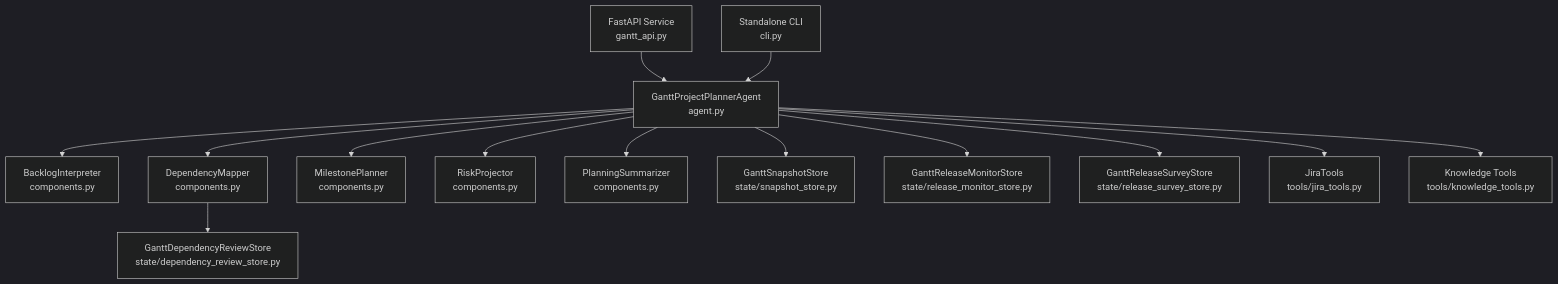
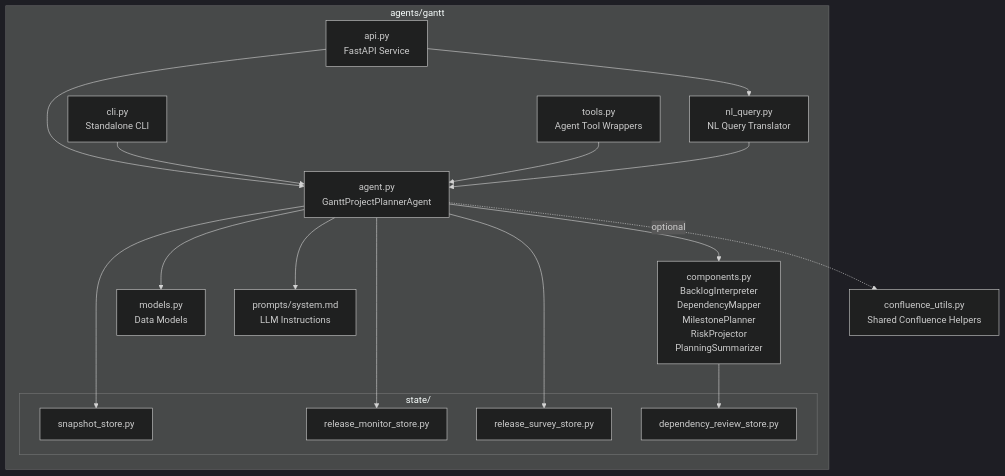
The first of 4 diagrams in docs/agents-gantt.md (jmac-cornelis/agent-workforce), drawn with Mermaid (dark theme) before and after one commit. The commit also changed other lines of this file and 4 other files, not shown here.

````diff
--- a/docs/agents-gantt.md
+++ b/docs/agents-gantt.md
@@ -31,34 +23,35 @@
 ```mermaid
 graph TB
-    API[FastAPI Service<br/>gantt_api.py]
-    Agent[GanttProjectPlannerAgent<br/>agent.py]
-    CLI[Standalone CLI<br/>cli.py]
+    subgraph "agents/gantt"
+        AGENT["agent.py<br/>GanttProjectPlannerAgent"]
+        API["api.py<br/>FastAPI Service"]
+        CLI["cli.py<br/>Standalone CLI"]
+        COMPONENTS["components.py<br/>BacklogInterpreter<br/>DependencyMapper<br/>MilestonePlanner<br/>RiskProjector<br/>PlanningSummarizer"]
+        MODELS["models.py<br/>Data Models"]
+        TOOLS["tools.py<br/>Agent Tool Wrappers"]
+        NL["nl_query.py<br/>NL Query Translator"]
+        PROMPTS["prompts/system.md<br/>LLM Instructions"]
+        subgraph "state/"
+            SNAP_STORE["snapshot_store.py"]
+            RM_STORE["release_monitor_store.py"]
+            RS_STORE["release_survey_store.py"]
+            DEP_STORE["dependency_review_store.py"]
+        end
+    end
     
-    Interp[BacklogInterpreter<br/>components.py]
-    DepMap[DependencyMapper<br/>components.py]
-    MilePlan[MilestonePlanner<br/>components.py]
-    RiskProj[RiskProjector<br/>components.py]
-    Summ[PlanningSummarizer<br/>components.py]
-    
-    SnapStore[GanttSnapshotStore<br/>state/snapshot_store.py]
-    MonStore[GanttReleaseMonitorStore<br/>state/release_monitor_store.py]
-    SurvStore[GanttReleaseSurveyStore<br/>state/release_survey_store.py]
-    DepRevStore[GanttDependencyReviewStore<br/>state/dependency_review_store.py]
-    
-    Jira[JiraTools<br/>tools/jira_tools.py]
-    Know[Knowledge Tools<br/>tools/knowledge_tools.py]
-    
-    API --> Agent
-    CLI --> Agent
-    Agent --> Interp
-    Agent --> DepMap
-    Agent --> MilePlan
-    Agent --> RiskProj
-    Agent --> Summ
-    Agent --> SnapStore
-    Agent --> MonStore
-    Agent --> SurvStore
-    DepMap --> DepRevStore
-    Agent --> Jira
-    Agent --> Know
+    CONFLUENCE["confluence_utils.py<br/>Shared Confluence Helpers"]
+
+    API --> AGENT
+    API --> NL
+    CLI --> AGENT
+    TOOLS --> AGENT
+    AGENT --> COMPONENTS
+    AGENT --> MODELS
+    AGENT --> PROMPTS
+    AGENT --> SNAP_STORE
+    AGENT --> RM_STORE
+    AGENT --> RS_STORE
+    COMPONENTS --> DEP_STORE
+    NL --> AGENT
+    AGENT -.->|optional| CONFLUENCE
 ```
````
